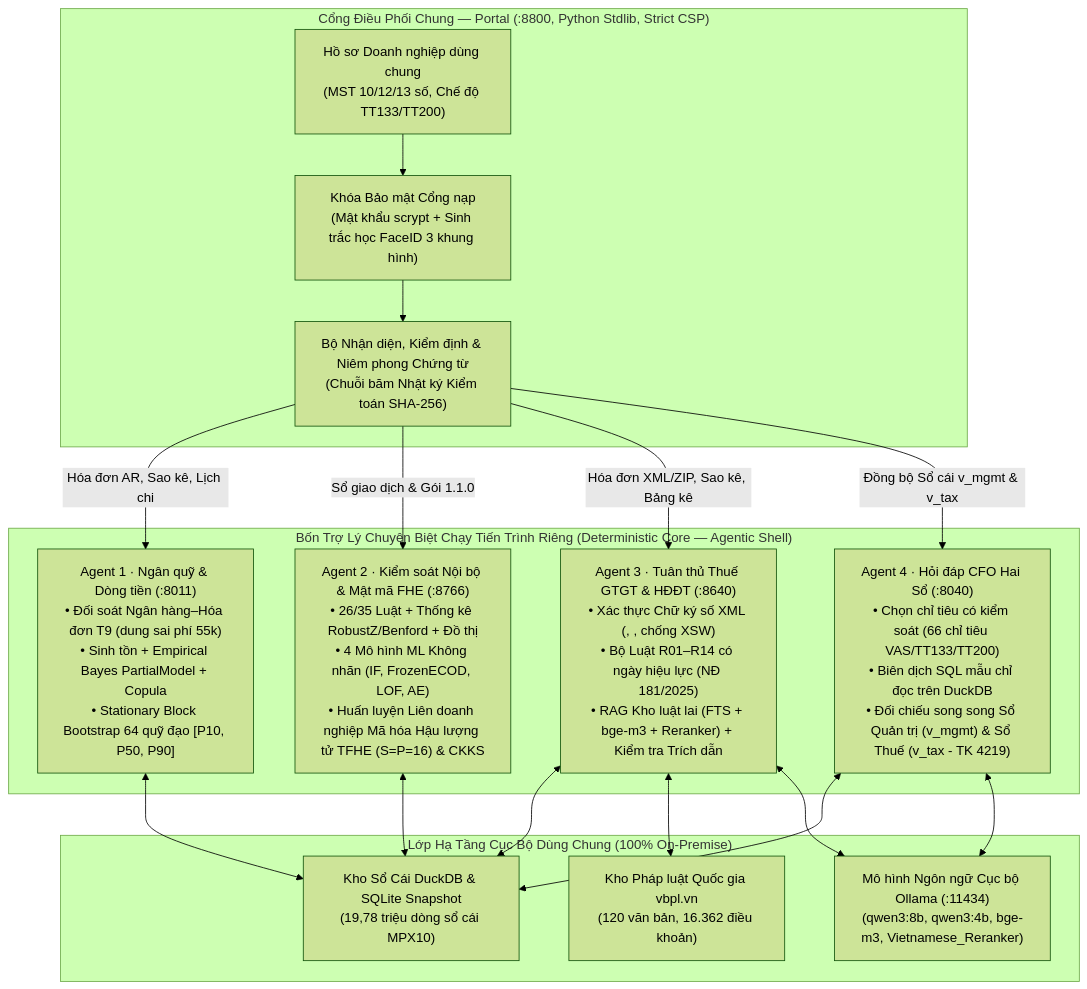
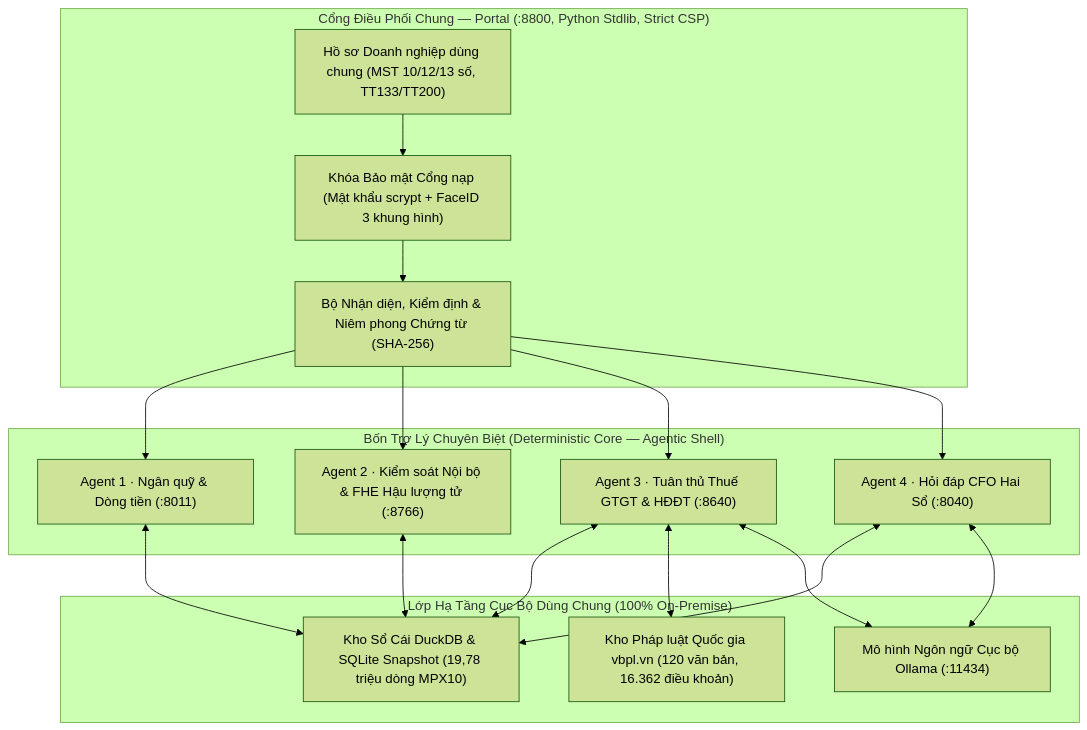
The diagram in docs/AQ2026-R2-AQ2026-109-Bao_cao_giai_phap.md (Khanhhh239/Multi-Agent-Finance), drawn with Mermaid (forest theme) before and after one commit. The commit also changed other lines of this file and 3 other files, not shown here.

````diff
--- a/docs/AQ2026-R2-AQ2026-109-Bao_cao_giai_phap.md
+++ b/docs/AQ2026-R2-AQ2026-109-Bao_cao_giai_phap.md
@@ -185,30 +178,27 @@
 ```mermaid
 flowchart TD
     subgraph Intake_Portal["Cổng Điều Phối Chung — Portal (:8800, Python Stdlib, Strict CSP)"]
-        PROFILE["Hồ sơ Doanh nghiệp dùng chung<br/>(MST 10/12/13 số, Chế độ TT133/TT200)"]
-        AUTH["Khóa Bảo mật Cổng nạp<br/>(Mật khẩu scrypt + Sinh trắc học FaceID 3 khung hình)"]
-        ROUTER["Bộ Nhận diện, Kiểm định & Niêm phong Chứng từ<br/>(Chuỗi băm Nhật ký Kiểm toán SHA-256)"]
+        PROFILE["Hồ sơ Doanh nghiệp dùng chung (MST 10/12/13 số, TT133/TT200)"]
+        AUTH["Khóa Bảo mật Cổng nạp (Mật khẩu scrypt + FaceID 3 khung hình)"]
+        ROUTER["Bộ Nhận diện, Kiểm định & Niêm phong Chứng từ (SHA-256)"]
     end
 
-    subgraph Four_Agents["Bốn Trợ Lý Chuyên Biệt Chạy Tiến Trình Riêng (Deterministic Core — Agentic Shell)"]
-        A1["Agent 1 · Ngân quỹ & Dòng tiền (:8011)<br/>• Đối soát Ngân hàng–Hóa đơn T9 (dung sai phí 55k)<br/>• Sinh tồn + Empirical Bayes PartialModel + Copula<br/>• Stationary Block Bootstrap 64 quỹ đạo [P10, P50, P90]"]
-        A2["Agent 2 · Kiểm soát Nội bộ & Mật mã FHE (:8766)<br/>• 26/35 Luật + Thống kê RobustZ/Benford + Đồ thị<br/>• 4 Mô hình ML Không nhãn (IF, FrozenECOD, LOF, AE)<br/>• Huấn luyện Liên doanh nghiệp Mã hóa Hậu lượng tử TFHE (S=P=16) & CKKS"]
-        A3["Agent 3 · Tuân thủ Thuế GTGT & HĐĐT (:8640)<br/>• Xác thực Chữ ký số XML (<NBan>, <CQT>, chống XSW)<br/>• Bộ Luật R01–R14 có ngày hiệu lực (NĐ 181/2025)<br/>• RAG Kho luật lai (FTS + bge-m3 + Reranker) + Kiểm tra Trích dẫn"]
-        A4["Agent 4 · Hỏi đáp CFO Hai Sổ (:8040)<br/>• Chọn chỉ tiêu có kiểm soát (66 chỉ tiêu VAS/TT133/TT200)<br/>• Biên dịch SQL mẫu chỉ đọc trên DuckDB<br/>• Đối chiếu song song Sổ Quản trị (v_mgmt) & Sổ Thuế (v_tax - TK 4219)"]
+    subgraph Four_Agents["Bốn Trợ Lý Chuyên Biệt (Deterministic Core — Agentic Shell)"]
+        A1["Agent 1 · Ngân quỹ & Dòng tiền (:8011)"]
+        A2["Agent 2 · Kiểm soát Nội bộ & FHE Hậu lượng tử (:8766)"]
+        A3["Agent 3 · Tuân thủ Thuế GTGT & HĐĐT (:8640)"]
+        A4["Agent 4 · Hỏi đáp CFO Hai Sổ (:8040)"]
     end
 
     subgraph Shared_Local["Lớp Hạ Tầng Cục Bộ Dùng Chung (100% On-Premise)"]
-        LAW["Kho Pháp luật Quốc gia vbpl.vn<br/>(120 văn bản, 16.362 điều khoản)"]
-        OLLAMA["Mô hình Ngôn ngữ Cục bộ Ollama (:11434)<br/>(qwen3:8b, qwen3:4b, bge-m3, Vietnamese_Reranker)"]
-        DUCK["Kho Sổ Cái DuckDB & SQLite Snapshot<br/>(19,78 triệu dòng sổ cái MPX10)"]
+        LAW["Kho Pháp luật Quốc gia vbpl.vn (120 văn bản, 16.362 điều khoản)"]
+        OLLAMA["Mô hình Ngôn ngữ Cục bộ Ollama (:11434)"]
+        DUCK["Kho Sổ Cái DuckDB & SQLite Snapshot (19,78 triệu dòng MPX10)"]
     end
 
     PROFILE --> AUTH --> ROUTER
-    ROUTER -->|"Hóa đơn AR, Sao kê, Lịch chi"| A1
-    ROUTER -->|"Sổ giao dịch & Gói 1.1.0"| A2
-    ROUTER -->|"Hóa đơn XML/ZIP, Sao kê, Bảng kê"| A3
-    ROUTER -->|"Đồng bộ Sổ cái v_mgmt & v_tax"| A4
+    ROUTER --> A1 & A2 & A3 & A4
     A1 & A2 & A3 & A4 <--> DUCK
     A3 <--> LAW
     A3 & A4 <--> OLLAMA
 ```
````
